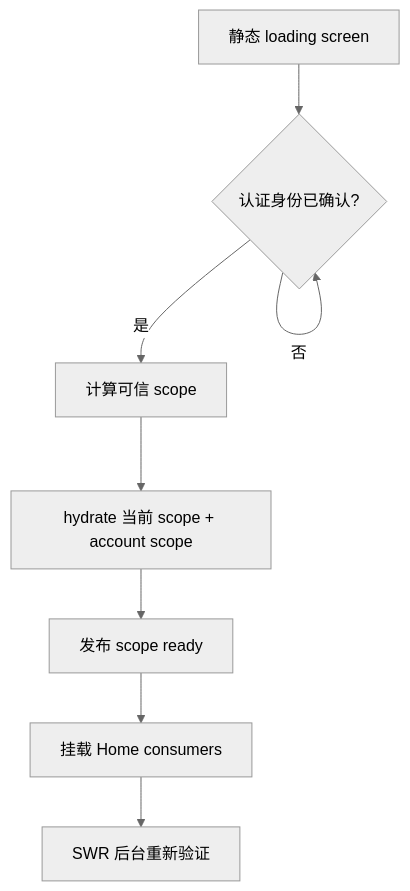
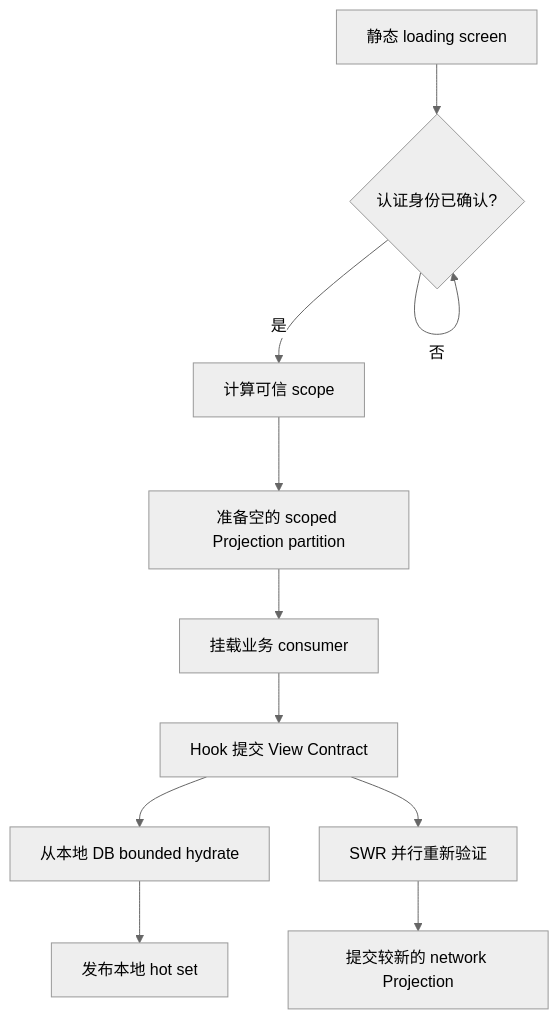
One commit to lobehub/lobehub changed the fifth of 5 diagrams in docs/development/state-management/projection-store.zh-CN.md. Above: the diagram before and after it, drawn with Mermaid (neutral theme). The commit also changed other lines of this file and 138 other files, not shown here.

````diff
--- a/docs/development/state-management/projection-store.zh-CN.md
+++ b/docs/development/state-management/projection-store.zh-CN.md
@@ -429,10 +464,13 @@
 ```mermaid
 flowchart TD
   A["静态 loading screen"] --> B{"认证身份已确认?"}
   B -->|否| B
   B -->|是| C["计算可信 scope"]
-  C --> D["hydrate 当前 scope + account scope"]
-  D --> E["发布 scope ready"]
-  E --> F["挂载 Home consumers"]
-  F --> G["SWR 后台重新验证"]
+  C --> D["准备空的 scoped Projection partition"]
+  D --> E["挂载业务 consumer"]
+  E --> F["Hook 提交 View Contract"]
+  F --> G["从本地 DB bounded hydrate"]
+  F --> H["SWR 并行重新验证"]
+  G --> I["发布本地 hot set"]
+  H --> J["提交较新的 network Projection"]
 ```
````
